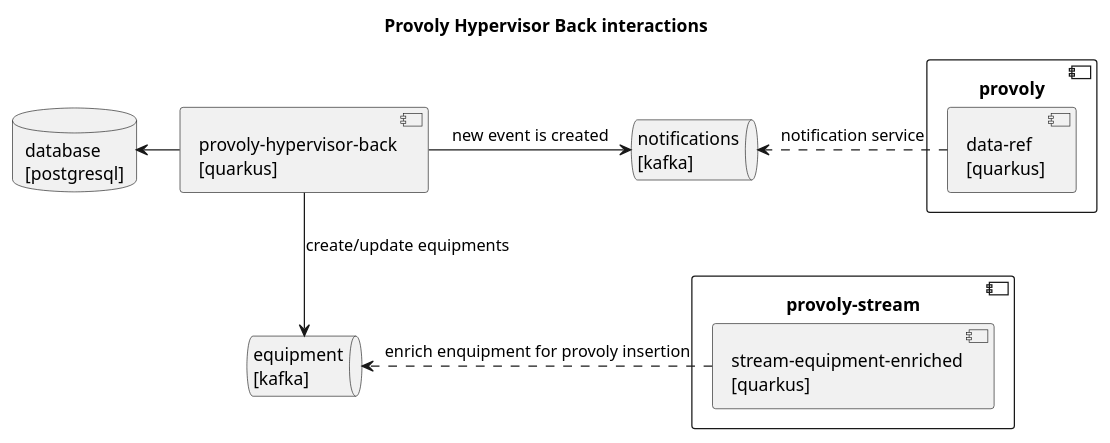
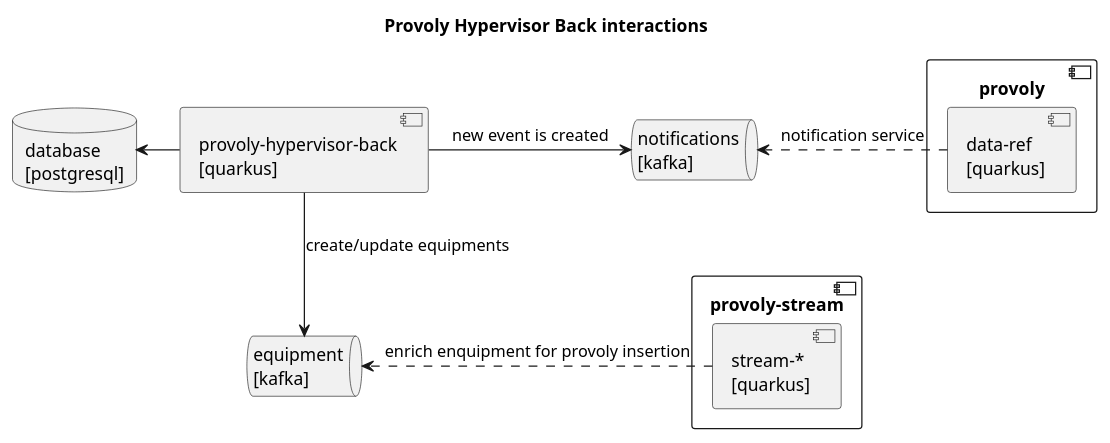
The diagram in docs/modules/architecture/partials/diagrams/interaction.puml (Provoly/provoly-hypervisor-back-public), drawn with PlantUML before and after one commit. The commit also changed 2 other files, not shown here.

```diff
--- a/docs/modules/architecture/partials/diagrams/interaction.puml
+++ b/docs/modules/architecture/partials/diagrams/interaction.puml
@@ -1,45 +1,45 @@
 @startuml
 
 title Provoly Hypervisor Back interactions
 
 database database [
 database
 [postgresql]
 ]
 
 component hyperviseur [
 provoly-hypervisor-back
 [quarkus]
 ]
 
 queue equipment [
 equipment
 [kafka]
 ]
 queue notifications [
 notifications
 [kafka]
 ]
 
 component provoly {
 component ref [
 data-ref
 [quarkus]
 ]
 }
 
 component provoly-stream {
-component enriched [
-stream-equipment-enriched
+component stream [
+stream-*
 [quarkus]
 ]
 }
 
 database <- hyperviseur
 hyperviseur -d-> equipment : create/update equipments
 hyperviseur -> notifications : new event is created
 
-enriched .> equipment : enrich enquipment for provoly insertion
+stream .> equipment : enrich enquipment for provoly insertion
 ref .> notifications : notification service
 
 @enduml
```
